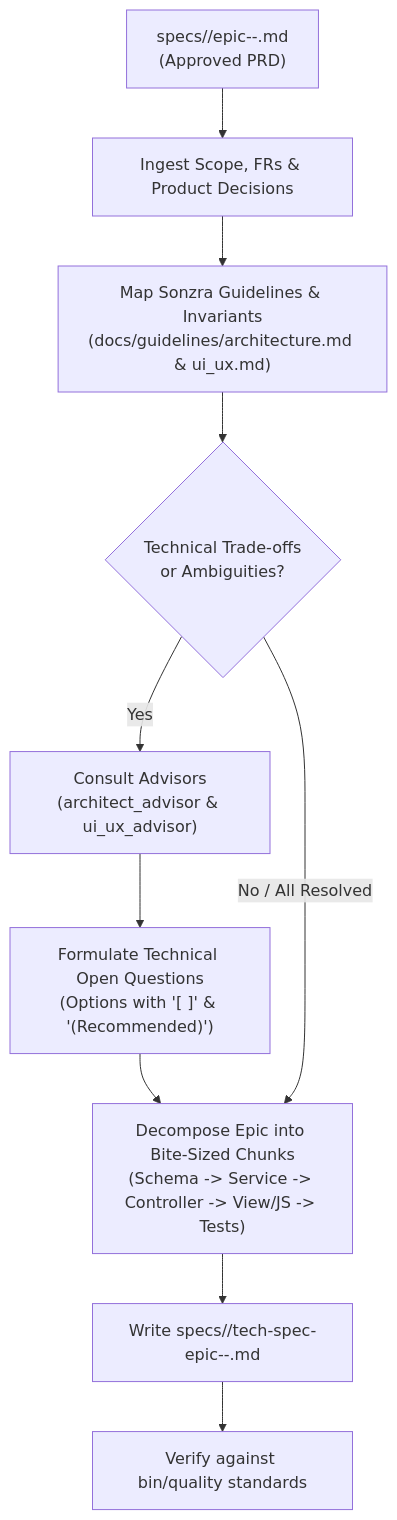
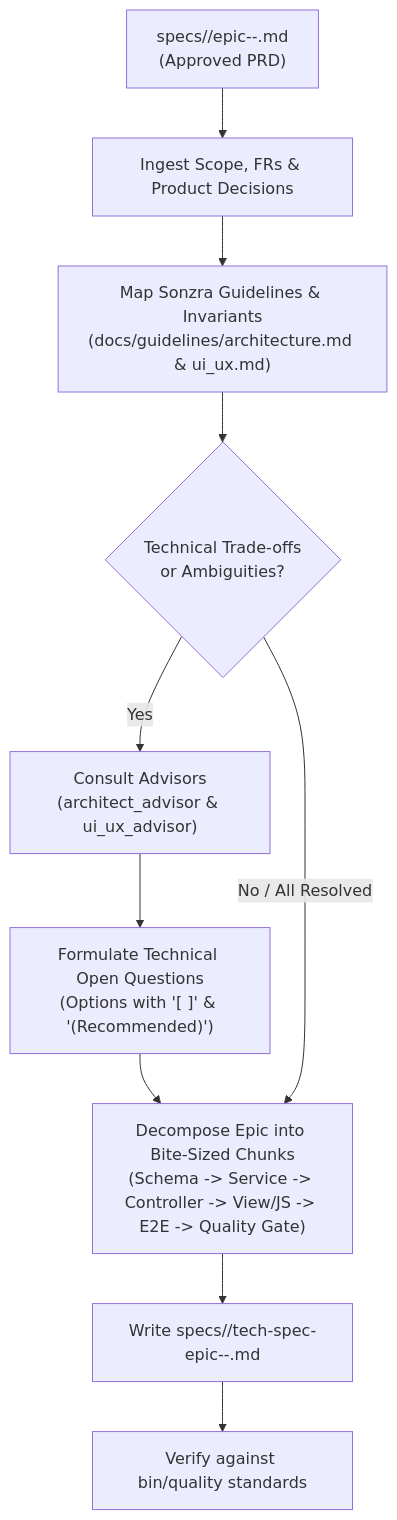
Before and after one commit to sonzra/sonzra: the diagram in .agents/skills/tech-specs/SKILL.md, drawn with Mermaid. The commit also changed other lines of this file and 81 other files, not shown here.

First line of the commit message:
feat(release): architecture decoupling, playlist additions (#4), and release automation (#18)

````diff
--- a/.agents/skills/tech-specs/SKILL.md
+++ b/.agents/skills/tech-specs/SKILL.md
@@ -45,14 +45,14 @@
 ```mermaid
 flowchart TD
     PRD["specs/<issue-number>/epic-<N>-<slug>.md\n(Approved PRD)"] --> Ingest["Ingest Scope, FRs & Product Decisions"]
     Ingest --> MapInvariants["Map Sonzra Guidelines & Invariants\n(docs/guidelines/architecture.md & ui_ux.md)"]
     MapInvariants --> IdentifyTradeoffs{"Technical Trade-offs\nor Ambiguities?"}
     
     IdentifyTradeoffs -->|Yes| ConsultAdvisors["Consult Advisors\n(architect_advisor & ui_ux_advisor)"]
     ConsultAdvisors --> FormulateTechQuestions["Formulate Technical Open Questions\n(Options with '[ ]' & '(Recommended)')"]
-    FormulateTechQuestions --> Chunking["Decompose Epic into Bite-Sized Chunks\n(Schema -> Service -> Controller -> View/JS -> Tests)"]
+    FormulateTechQuestions --> Chunking["Decompose Epic into Bite-Sized Chunks\n(Schema -> Service -> Controller -> View/JS -> E2E -> Quality Gate)"]
     
     IdentifyTradeoffs -->|No / All Resolved| Chunking
     Chunking --> WriteTechSpec["Write specs/<issue-number>/tech-spec-epic-<N>-<slug>.md"]
     WriteTechSpec --> QualityCheck["Verify against bin/quality standards"]
 ```
````
